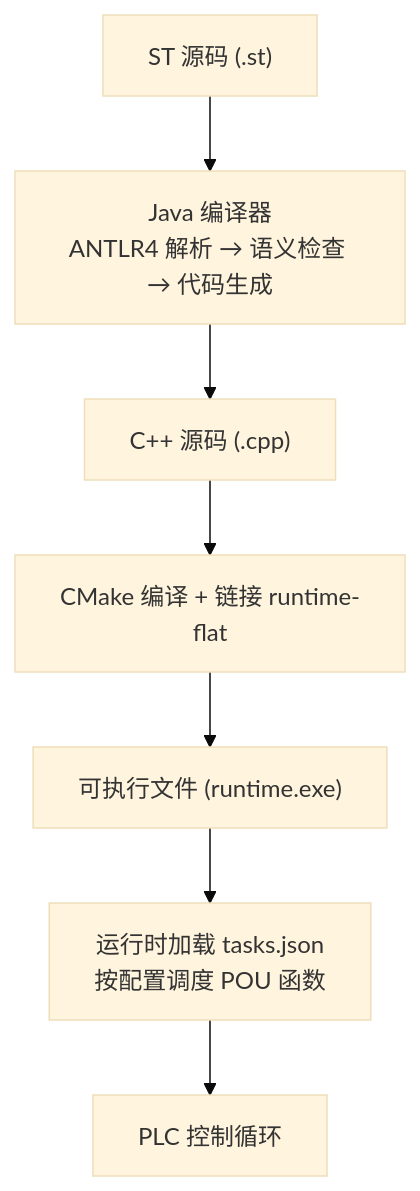
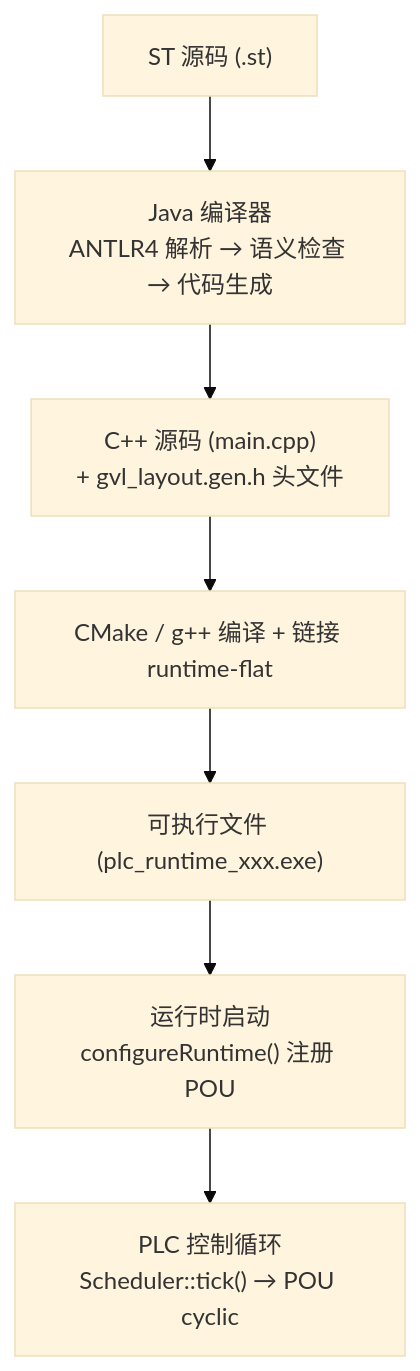
Before and after one commit to angleyanalbedo/ST2CPP: the first of 3 diagrams in docs/compiler-to-runtime.md, drawn with Mermaid (base theme). The commit also changed other lines of this file, not shown here.

````diff
--- a/docs/compiler-to-runtime.md
+++ b/docs/compiler-to-runtime.md
@@ -10,9 +10,9 @@
 ```mermaid
 flowchart TB
     A["ST 源码 (.st)"] --> B["Java 编译器<br/>ANTLR4 解析 → 语义检查 → 代码生成"]
-    B --> C["C++ 源码 (.cpp)"]
-    C --> D["CMake 编译 + 链接 runtime-flat"]
-    D --> E["可执行文件 (runtime.exe)"]
-    E --> F["运行时加载 tasks.json<br/>按配置调度 POU 函数"]
-    F --> G["PLC 控制循环"]
+    B --> C["C++ 源码 (main.cpp)<br/>+ gvl_layout.gen.h 头文件"]
+    C --> D["CMake / g++ 编译 + 链接 runtime-flat"]
+    D --> E["可执行文件 (plc_runtime_xxx.exe)"]
+    E --> F["运行时启动<br/>configureRuntime() 注册 POU"]
+    F --> G["PLC 控制循环<br/>Scheduler::tick() → POU cyclic"]
 ```
````
